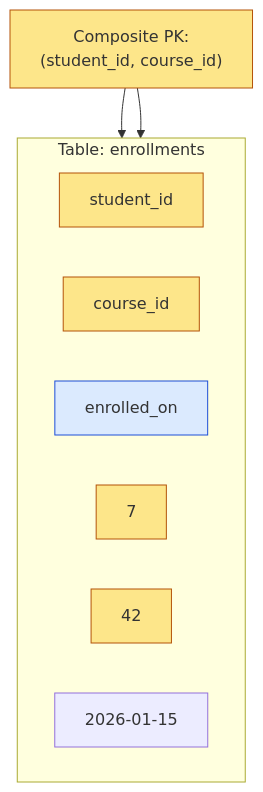
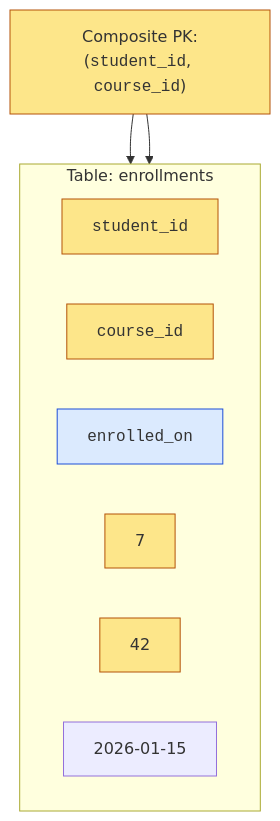
One commit to dataslope/dataslope changed the fourth of 4 diagrams in content/learn/database-design-postgresql/primary-keys.mdx. Above: the diagram before and after it, drawn with Mermaid. The commit also changed 153 other files, not shown here.

First line of the commit message:
Render code-only mermaid shapes in monospace; convert step sequences to Steps

````diff
--- a/content/learn/database-design-postgresql/primary-keys.mdx
+++ b/content/learn/database-design-postgresql/primary-keys.mdx
@@ -144,16 +144,16 @@
 ```mermaid
 flowchart TB
     subgraph enrollments["Table: enrollments"]
         direction LR
-        S["student_id"]:::pk
-        C["course_id"]:::pk
-        D["enrolled_on"]:::hdr
+        S["<code>student_id</code>"]:::pk
+        C["<code>course_id</code>"]:::pk
+        D["<code>enrolled_on</code>"]:::hdr
         R1["7"]:::pk
         R2["42"]:::pk
         R3["2026-01-15"]
     end
-    K["Composite PK:<br/>(student_id, course_id)"]:::pk --> S
+    K["Composite PK:<br/>(<code>student_id</code>, <code>course_id</code>)"]:::pk --> S
     K --> C
     classDef hdr fill:#dbeafe,stroke:#1d4ed8
     classDef pk fill:#fde68a,stroke:#b45309
 ```
````
